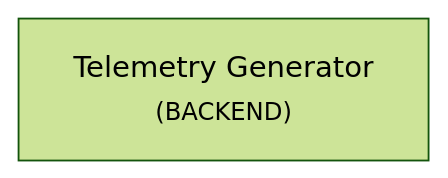
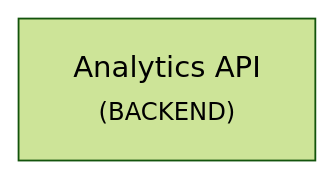
One commit to SCD-24/test-multi-repo-2 changed the diagram in docs/architecture/system-map.md. Above: the diagram before and after it, drawn with Mermaid (forest theme). The commit also changed other lines of this file and 7 other files, not shown here.

````diff
--- a/docs/architecture/system-map.md
+++ b/docs/architecture/system-map.md
@@ -6,4 +6,4 @@
 ```mermaid
 graph TD
-    telemetry-generator["Telemetry Generator <br/> <small>(BACKEND)</small>"]
+    analytics-api["Analytics API <br/> <small>(BACKEND)</small>"]
 ```
````
